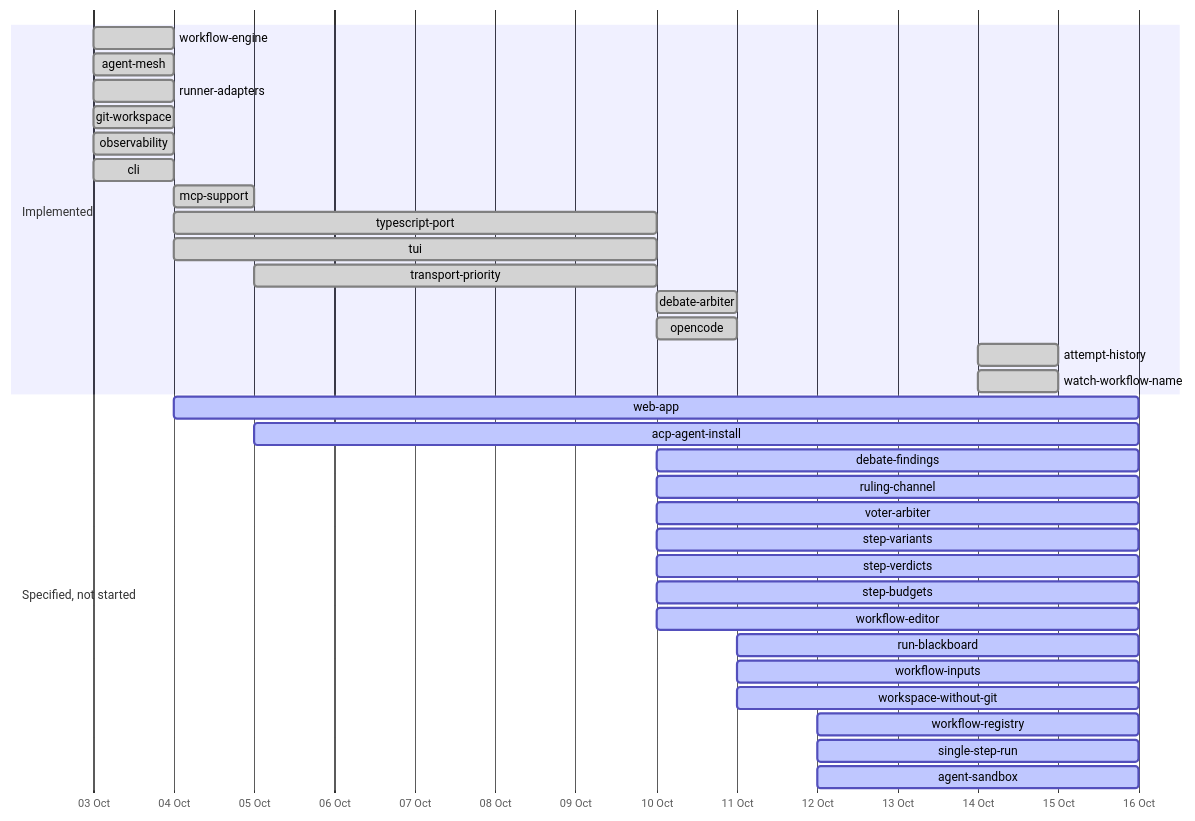
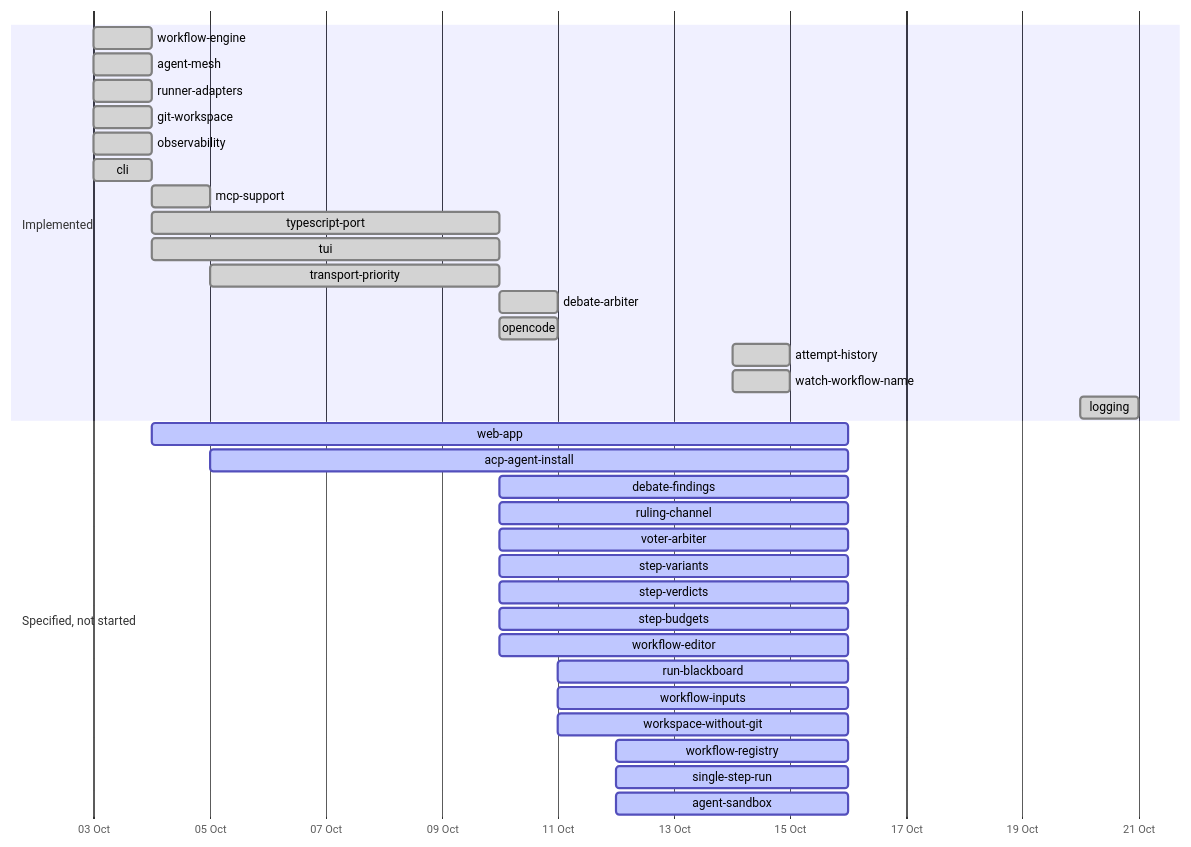
The second of 2 diagrams in specs/DEPENDENCY_MAP.md (yaotzin1/indaba), drawn with Mermaid before and after one commit. The commit also changed other lines of this file and 53 other files, not shown here.

````diff
--- a/specs/DEPENDENCY_MAP.md
+++ b/specs/DEPENDENCY_MAP.md
@@ -71,36 +71,37 @@
 ```mermaid
 gantt
     dateFormat YYYY-MM-DD
     axisFormat %d %b
     section Implemented
     workflow-engine        :done, 2026-10-03, 2026-10-04
     agent-mesh             :done, 2026-10-03, 2026-10-04
     runner-adapters        :done, 2026-10-03, 2026-10-04
     git-workspace          :done, 2026-10-03, 2026-10-04
     observability          :done, 2026-10-03, 2026-10-04
     cli                    :done, 2026-10-03, 2026-10-04
     mcp-support            :done, 2026-10-04, 1d
     typescript-port        :done, 2026-10-04, 2026-10-10
     tui                    :done, 2026-10-04, 2026-10-10
     transport-priority     :done, 2026-10-05, 2026-10-10
     debate-arbiter         :done, 2026-10-10, 1d
     opencode               :done, 2026-10-10, 1d
     attempt-history        :done, 2026-10-14, 1d
     watch-workflow-name    :done, 2026-10-14, 1d
+    logging                :done, 2026-10-20, 2026-10-21
     section Specified, not started
     web-app                :active, 2026-10-04, 2026-10-16
     acp-agent-install      :active, 2026-10-05, 2026-10-16
     debate-findings        :active, 2026-10-10, 2026-10-16
     ruling-channel         :active, 2026-10-10, 2026-10-16
     voter-arbiter          :active, 2026-10-10, 2026-10-16
     step-variants          :active, 2026-10-10, 2026-10-16
     step-verdicts          :active, 2026-10-10, 2026-10-16
     step-budgets           :active, 2026-10-10, 2026-10-16
     workflow-editor        :active, 2026-10-10, 2026-10-16
     run-blackboard         :active, 2026-10-11, 2026-10-16
     workflow-inputs        :active, 2026-10-11, 2026-10-16
     workspace-without-git  :active, 2026-10-11, 2026-10-16
     workflow-registry      :active, 2026-10-12, 2026-10-16
     single-step-run        :active, 2026-10-12, 2026-10-16
     agent-sandbox          :active, 2026-10-12, 2026-10-16
 ```
````
